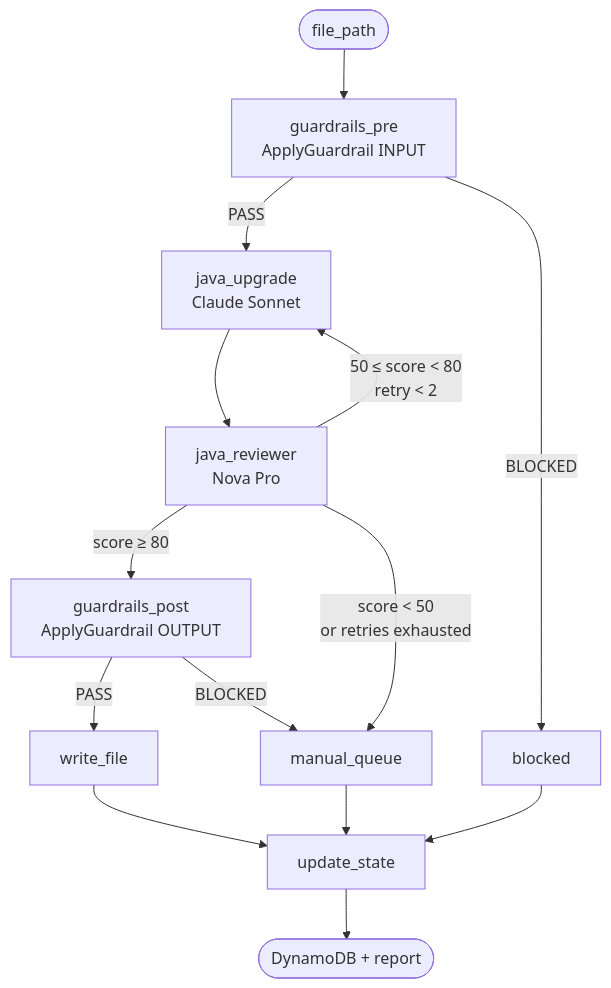
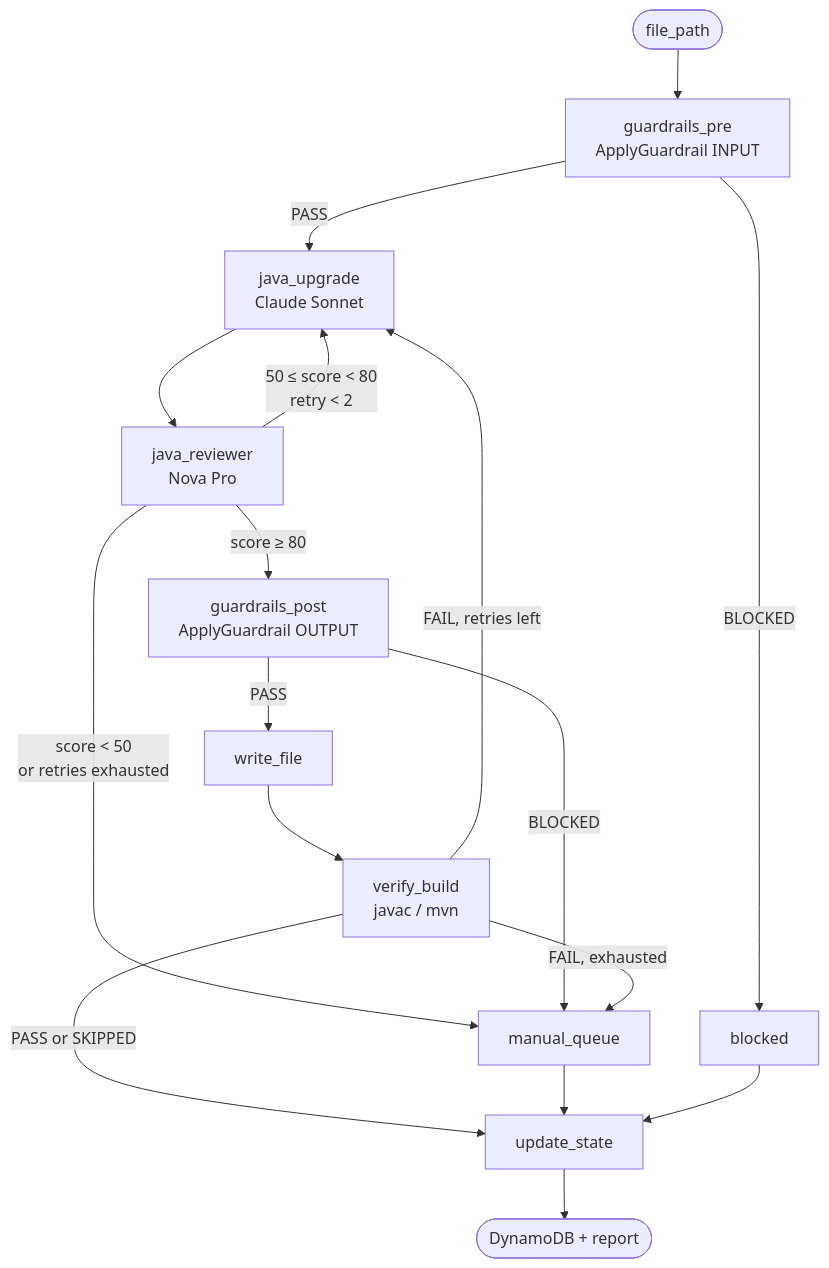
Before and after one commit to anche-raja/forge-platform: the second of 2 diagrams in README.md, drawn with Mermaid. The commit also changed other lines of this file and 39 other files, not shown here.

````diff
--- a/README.md
+++ b/README.md
@@ -54,16 +54,19 @@
 ```mermaid
 flowchart TD
     S([file_path]) --> PRE[guardrails_pre<br/>ApplyGuardrail INPUT]
     PRE -->|PASS| UPGRADE[java_upgrade<br/>Claude Sonnet]
     PRE -->|BLOCKED| BLK[blocked]
     UPGRADE --> REV[java_reviewer<br/>Nova Pro]
     REV -->|score ≥ 80| POST[guardrails_post<br/>ApplyGuardrail OUTPUT]
     REV -->|50 ≤ score < 80<br/>retry < 2| UPGRADE
     REV -->|score < 50<br/>or retries exhausted| MQ[manual_queue]
     POST -->|PASS| WRITE[write_file]
     POST -->|BLOCKED| MQ
-    WRITE --> UPD[update_state]
+    WRITE --> VB[verify_build<br/>javac / mvn]
+    VB -->|PASS or SKIPPED| UPD[update_state]
+    VB -->|FAIL, retries left| UPGRADE
+    VB -->|FAIL, exhausted| MQ
     MQ --> UPD
     BLK --> UPD
     UPD --> E([DynamoDB + report])
 ```
````
